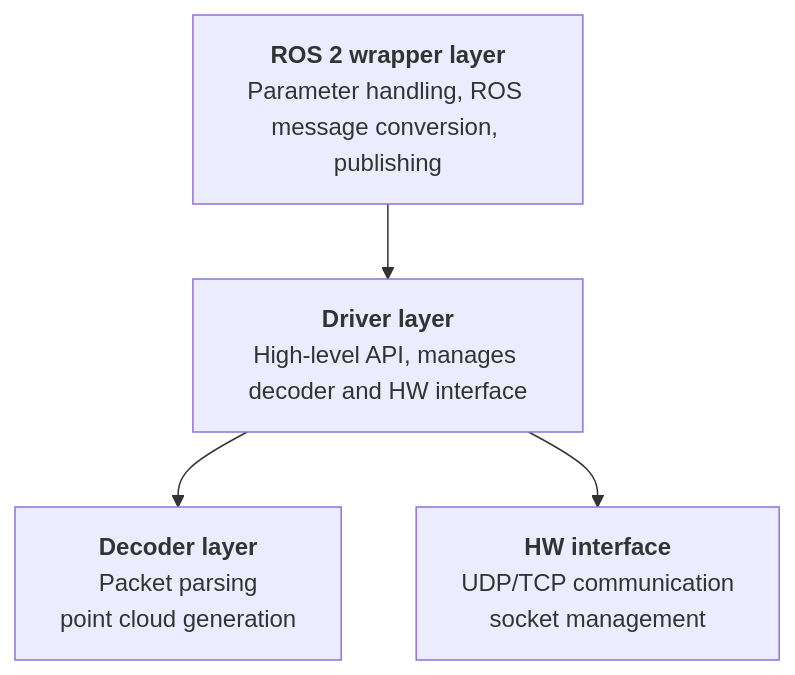
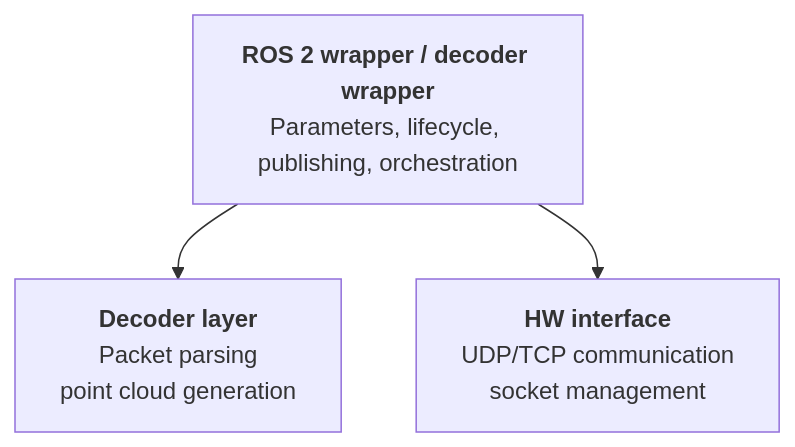
Before and after one commit to tier4/nebula: the second of 2 diagrams in docs/integration_guide.md, drawn with Mermaid. The commit also changed other lines of this file, not shown here.

Commit message:
docs(integration): align architecture with current driver/wrapper structure

````diff
--- a/docs/integration_guide.md
+++ b/docs/integration_guide.md
@@ -50,20 +52,17 @@
 ```mermaid
 graph TD
 
     %% --- NODES ---
     %% Apply classes using the triple colon syntax (:::className)
-    Wrapper[<b>ROS 2 wrapper layer</b><br/>Parameter handling, ROS message conversion, publishing]
-
-    Driver[<b>Driver layer</b><br/>High-level API, manages decoder and HW interface]
+    Wrapper[<b>ROS 2 wrapper / decoder wrapper</b><br/>Parameters, lifecycle, publishing, orchestration]
 
     Decoder[<b>Decoder layer</b><br/>Packet parsing<br/>point cloud generation]
 
     HW[<b>HW interface</b><br/>UDP/TCP communication<br/>socket management]
 
     %% --- RELATIONSHIPS ---
-    Wrapper --> Driver
-    Driver --> Decoder
-    Driver --> HW
+    Wrapper --> Decoder
+    Wrapper --> HW
 
 
 ```
````
